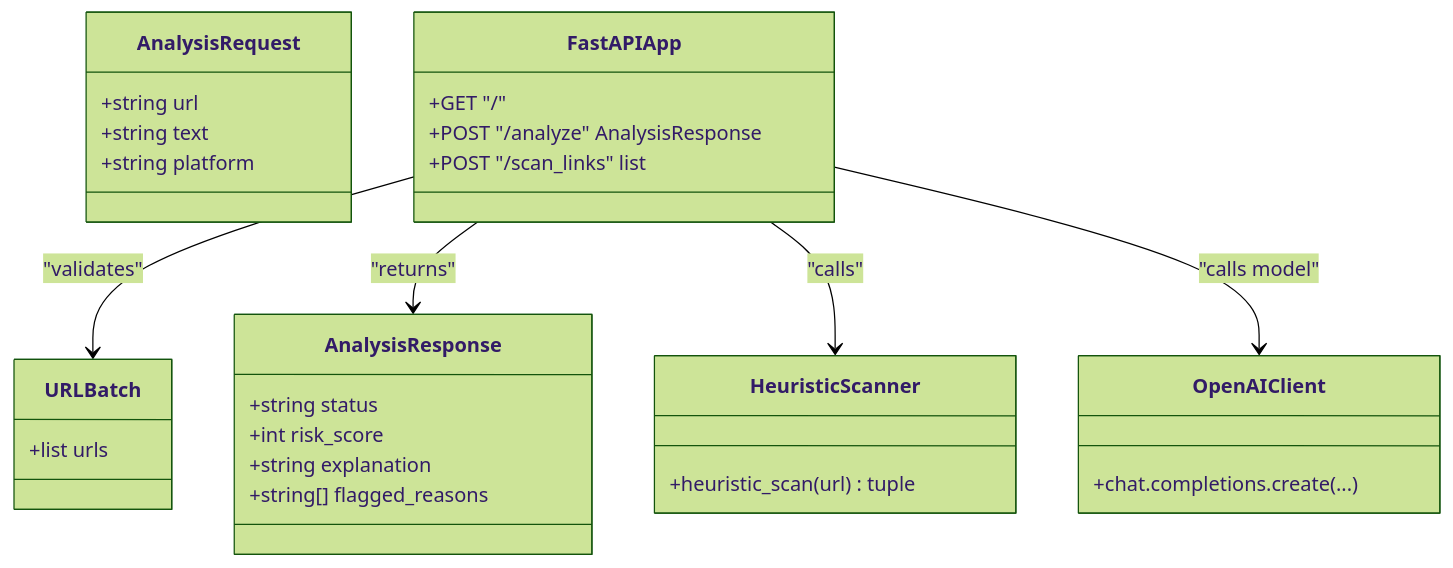
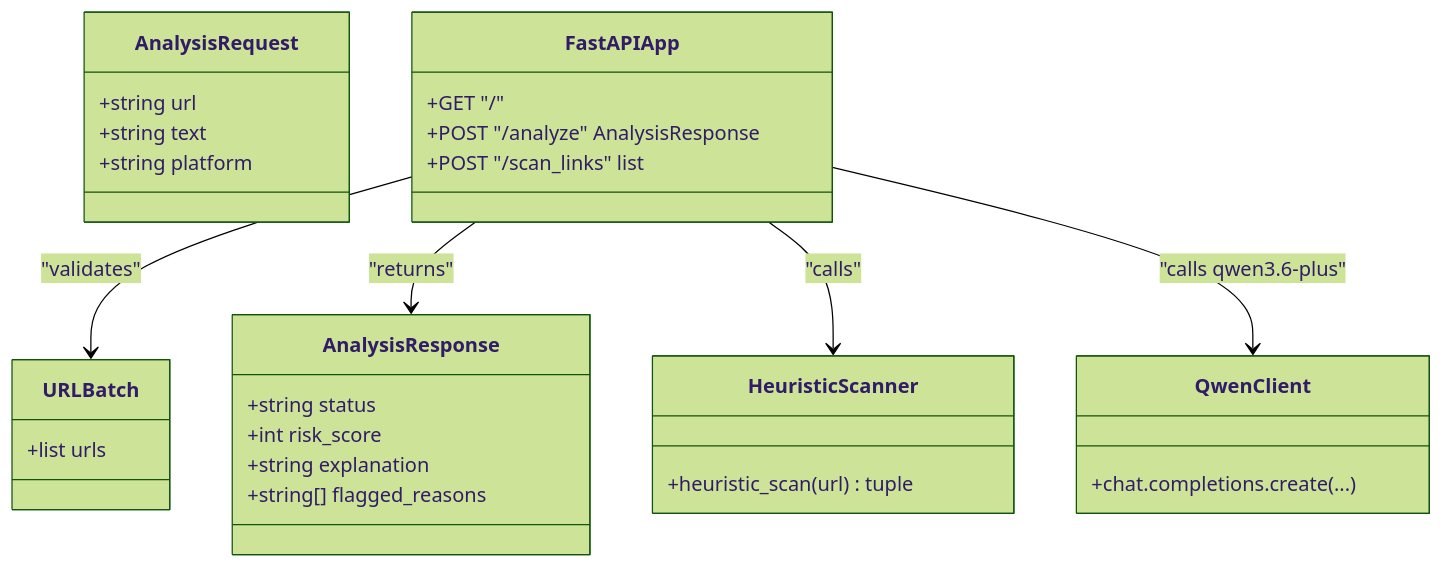
The sixth of 8 diagrams in .qoder/repowiki/en/content/Threat Detection Engine.md (Aymanaahh/scrollguard-ai), drawn with Mermaid (forest theme) before and after one commit. The commit also changed other lines of this file and 33 other files, not shown here.

````diff
--- a/.qoder/repowiki/en/content/Threat Detection Engine.md
+++ b/.qoder/repowiki/en/content/Threat Detection Engine.md
@@ -303,32 +309,32 @@
 ```mermaid
 classDiagram
 class AnalysisRequest {
 +string url
 +string text
 +string platform
 }
 class URLBatch {
 +list urls
 }
 class AnalysisResponse {
 +string status
 +int risk_score
 +string explanation
 +string[] flagged_reasons
 }
 class FastAPIApp {
 +GET "/"
 +POST "/analyze" AnalysisResponse
 +POST "/scan_links" list
 }
 class HeuristicScanner {
 +heuristic_scan(url) tuple
 }
-class OpenAIClient {
+class QwenClient {
 +chat.completions.create(...)
 }
 FastAPIApp --> URLBatch : "validates"
 FastAPIApp --> AnalysisResponse : "returns"
 FastAPIApp --> HeuristicScanner : "calls"
-FastAPIApp --> OpenAIClient : "calls model"
+FastAPIApp --> QwenClient : "calls qwen3.6-plus"
 ```
````
